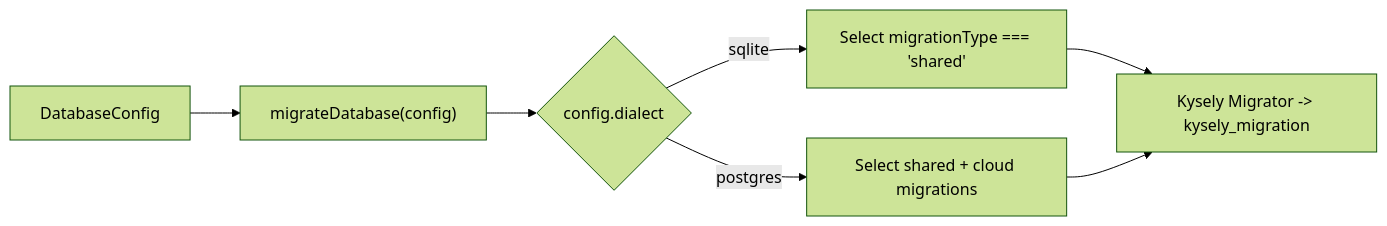
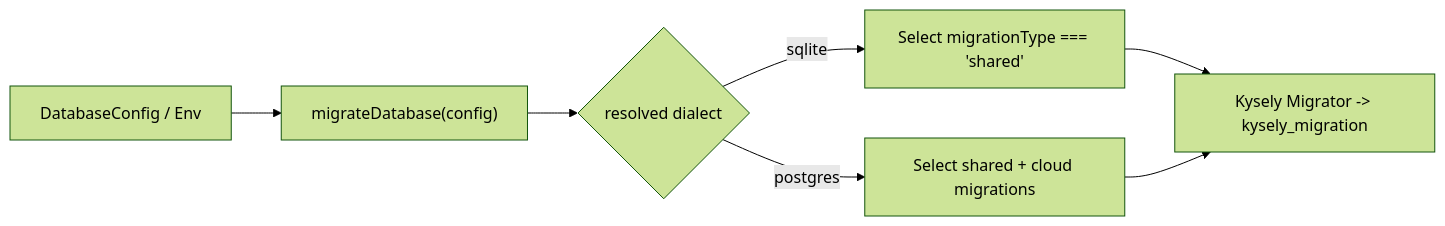
The second of 3 diagrams in docs/architecture/difflab-db/index.md (difflab-io/difflab), drawn with Mermaid (forest theme) before and after one commit. The commit also changed other lines of this file and 88 other files, not shown here.

````diff
--- a/docs/architecture/difflab-db/index.md
+++ b/docs/architecture/difflab-db/index.md
@@ -45,9 +48,9 @@
 ```mermaid
 flowchart LR
-  Config["DatabaseConfig"] --> Open["migrateDatabase(config)"]
-  Open --> Check{"config.dialect"}
+  Config["DatabaseConfig / Env"] --> Open["migrateDatabase(config)"]
+  Open --> Check{"resolved dialect"}
   Check -->|"sqlite"| SharedOnly["Select migrationType === 'shared'"]
   Check -->|"postgres"| All["Select shared + cloud migrations"]
   SharedOnly --> KyselyMig["Kysely Migrator -> kysely_migration"]
   All --> KyselyMig
 ```
````
